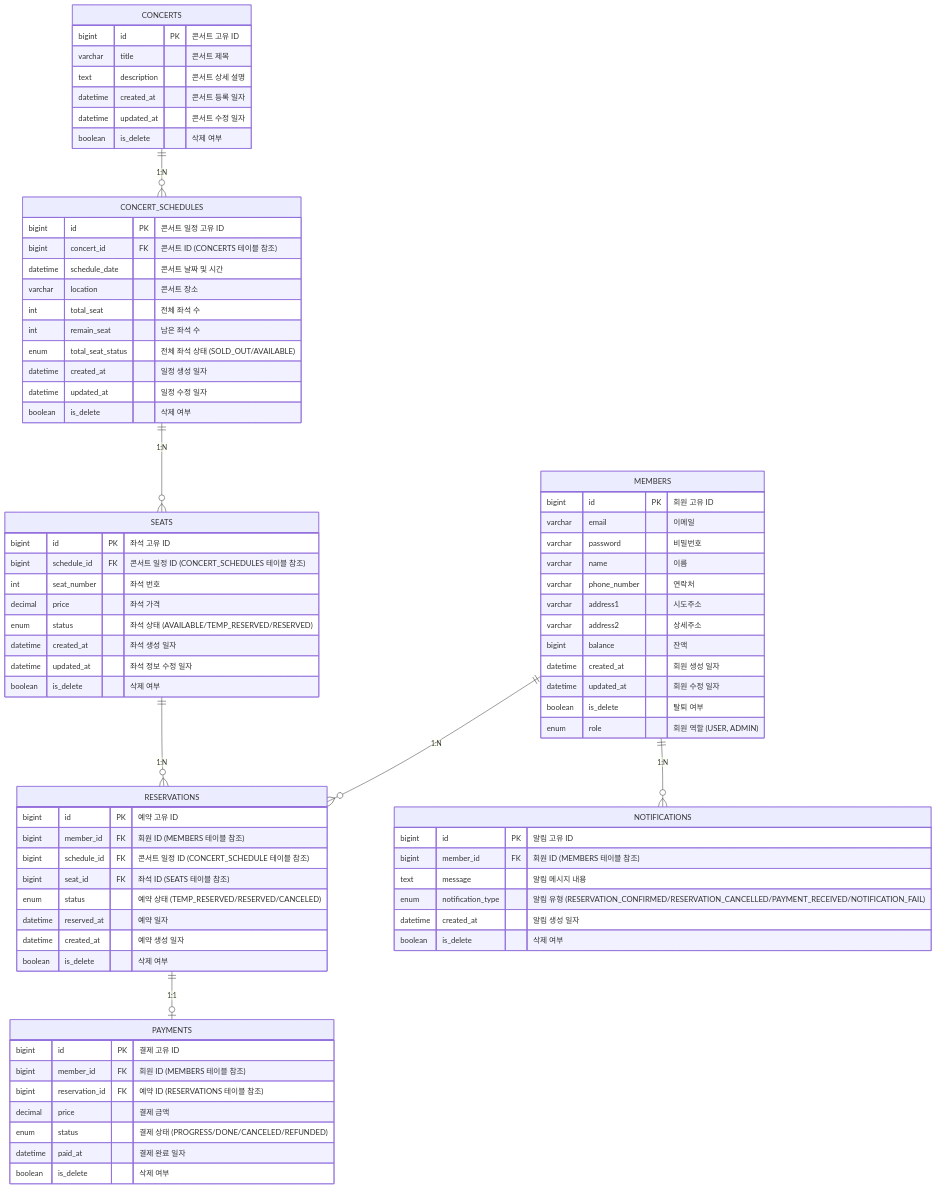
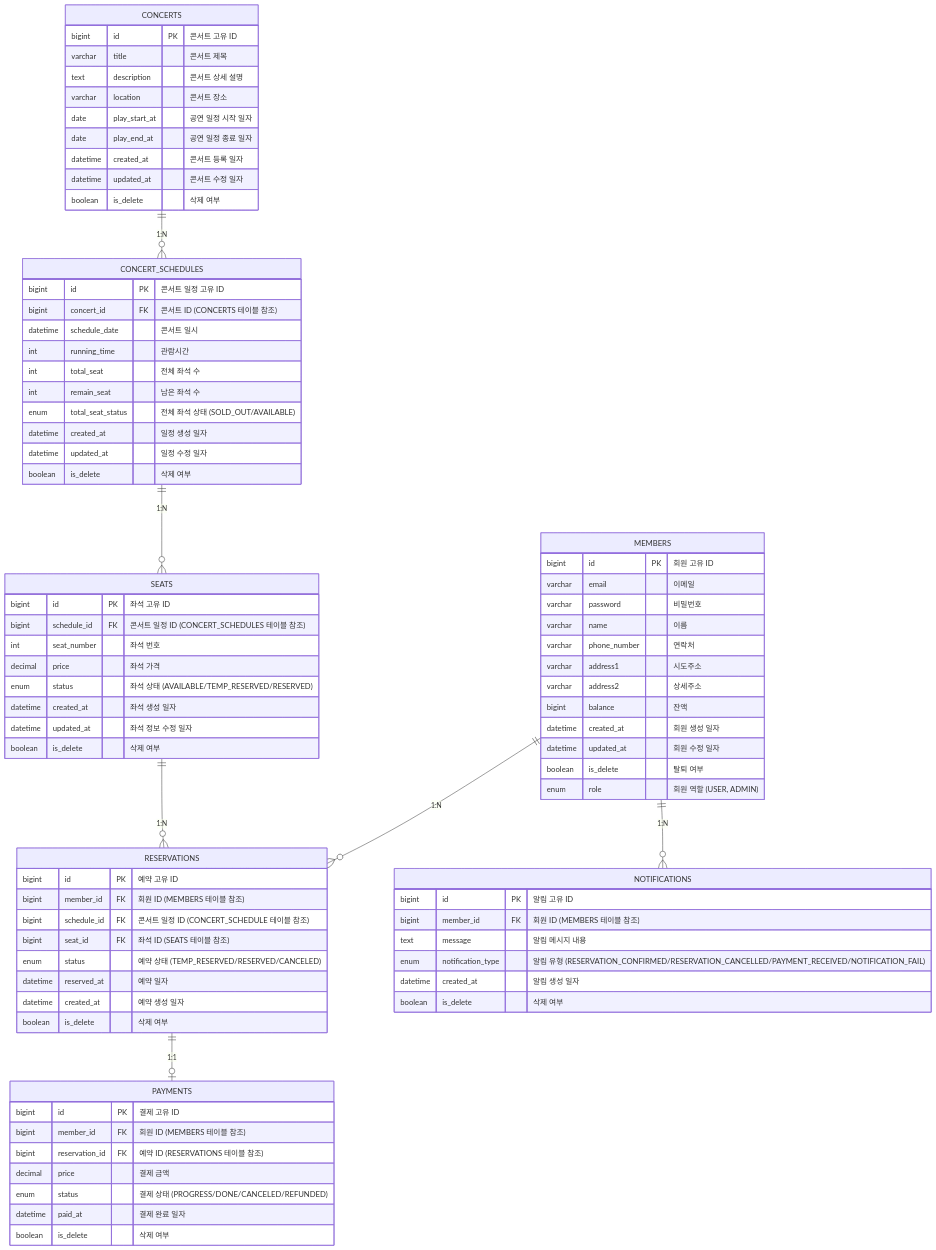
One commit to gpfksdlrn/concert-service changed the diagram in docs/erd.md. Above: the diagram before and after it, drawn with Mermaid. The commit also changed 1 other file, not shown here.

Commit message:
docs: CONCERT, CONCERT_SCHEDULES 테이블 수정

```diff
--- a/docs/erd.md
+++ b/docs/erd.md
@@ -20,6 +20,9 @@
         bigint id PK "콘서트 고유 ID"
         varchar title "콘서트 제목"
         text description "콘서트 상세 설명"
+        varchar location "콘서트 장소"
+        date play_start_at "공연 일정 시작 일자"
+        date play_end_at "공연 일정 종료 일자"
         datetime created_at "콘서트 등록 일자"
         datetime updated_at "콘서트 수정 일자"
         boolean is_delete "삭제 여부"
@@ -28,8 +31,8 @@
     CONCERT_SCHEDULES {
         bigint id PK "콘서트 일정 고유 ID"
         bigint concert_id FK "콘서트 ID (CONCERTS 테이블 참조)"
-        datetime schedule_date "콘서트 날짜 및 시간"
-        varchar location "콘서트 장소"
+        datetime schedule_date "콘서트 일시"
+        int running_time "관람시간"
         int total_seat "전체 좌석 수"
         int remain_seat "남은 좌석 수"
         enum total_seat_status "전체 좌석 상태 (SOLD_OUT/AVAILABLE)"
```
